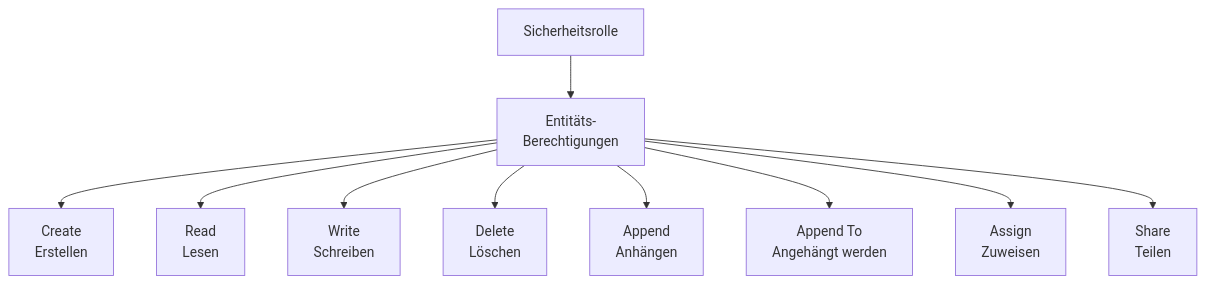
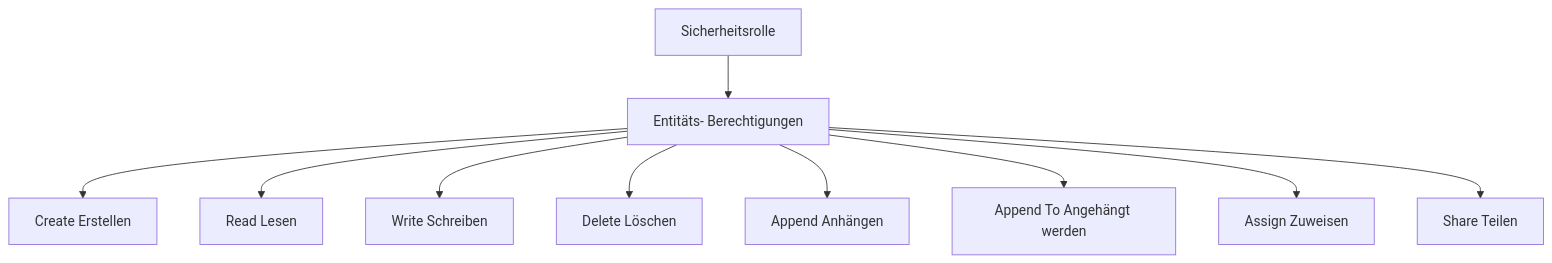
The fourth of 6 diagrams in Microsoft 365/Dynamics 365/Dynamics 365 Administration.md (SoniiiT/notes-n-docs), drawn with Mermaid before and after one commit. The commit also changed other lines of this file and 124 other files, not shown here.

First line of the commit message:
fix: Entferne \n aus allen Mermaid-Diagrammen (125 Dateien)

````diff
--- a/Microsoft 365/Dynamics 365/Dynamics 365 Administration.md
+++ b/Microsoft 365/Dynamics 365/Dynamics 365 Administration.md
@@ -296,12 +296,12 @@
 ```mermaid
 graph TD
-    ROLE2[Sicherheitsrolle] --> ENT2[Entitäts-\nBerechtigungen]
-    ENT2 --> CREATE[Create\nErstellen]
-    ENT2 --> READ[Read\nLesen]
-    ENT2 --> WRITE[Write\nSchreiben]
-    ENT2 --> DELETE[Delete\nLöschen]
-    ENT2 --> APPEND[Append\nAnhängen]
-    ENT2 --> APPTO[Append To\nAngehängt werden]
-    ENT2 --> ASSIGN[Assign\nZuweisen]
-    ENT2 --> SHARE[Share\nTeilen]
+    ROLE2[Sicherheitsrolle] --> ENT2[Entitäts- Berechtigungen]
+    ENT2 --> CREATE[Create Erstellen]
+    ENT2 --> READ[Read Lesen]
+    ENT2 --> WRITE[Write Schreiben]
+    ENT2 --> DELETE[Delete Löschen]
+    ENT2 --> APPEND[Append Anhängen]
+    ENT2 --> APPTO[Append To Angehängt werden]
+    ENT2 --> ASSIGN[Assign Zuweisen]
+    ENT2 --> SHARE[Share Teilen]
 ```
````
